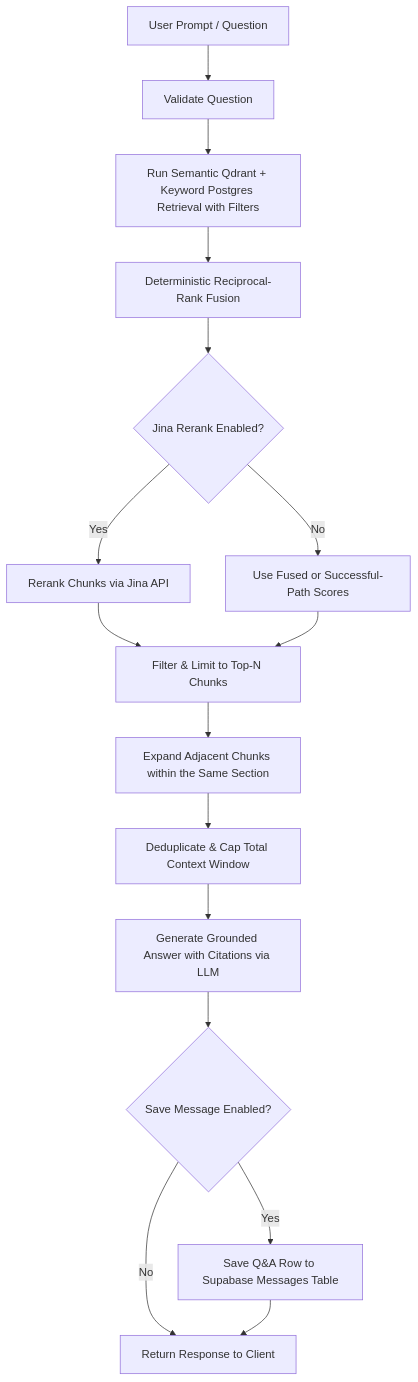
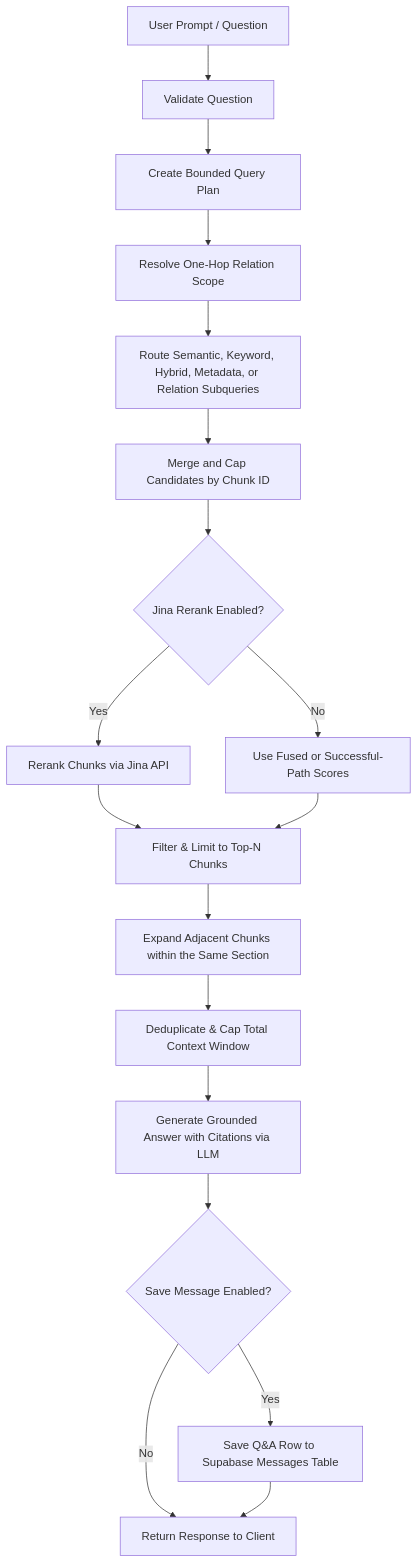
Before and after one commit to phongka79d/DocumentAgent: the second of 2 diagrams in README.md, drawn with Mermaid. The commit also changed other lines of this file and 13 other files, not shown here.

````diff
--- a/README.md
+++ b/README.md
@@ -57,18 +57,20 @@
 ```mermaid
 graph TD
     A[User Prompt / Question] --> B[Validate Question]
-    B --> C[Run Semantic Qdrant + Keyword Postgres Retrieval with Filters]
-    C --> D[Deterministic Reciprocal-Rank Fusion]
-    D --> E{Jina Rerank Enabled?}
-    E -->|Yes| F[Rerank Chunks via Jina API]
-    E -->|No| G[Use Fused or Successful-Path Scores]
-    F --> H[Filter & Limit to Top-N Chunks]
-    G --> H
-    H --> I[Expand Adjacent Chunks within the Same Section]
-    I --> J[Deduplicate & Cap Total Context Window]
-    J --> K[Generate Grounded Answer with Citations via LLM]
-    K --> L{Save Message Enabled?}
-    L -->|Yes| M[Save Q&A Row to Supabase Messages Table]
-    L -->|No| N[Return Response to Client]
-    M --> N
+    B --> C[Create Bounded Query Plan]
+    C --> D[Resolve One-Hop Relation Scope]
+    D --> E[Route Semantic, Keyword, Hybrid, Metadata, or Relation Subqueries]
+    E --> F[Merge and Cap Candidates by Chunk ID]
+    F --> G{Jina Rerank Enabled?}
+    G -->|Yes| H[Rerank Chunks via Jina API]
+    G -->|No| I[Use Fused or Successful-Path Scores]
+    H --> J[Filter & Limit to Top-N Chunks]
+    I --> J
+    J --> K[Expand Adjacent Chunks within the Same Section]
+    K --> L[Deduplicate & Cap Total Context Window]
+    L --> M[Generate Grounded Answer with Citations via LLM]
+    M --> N{Save Message Enabled?}
+    N -->|Yes| O[Save Q&A Row to Supabase Messages Table]
+    N -->|No| P[Return Response to Client]
+    O --> P
 ```
````
